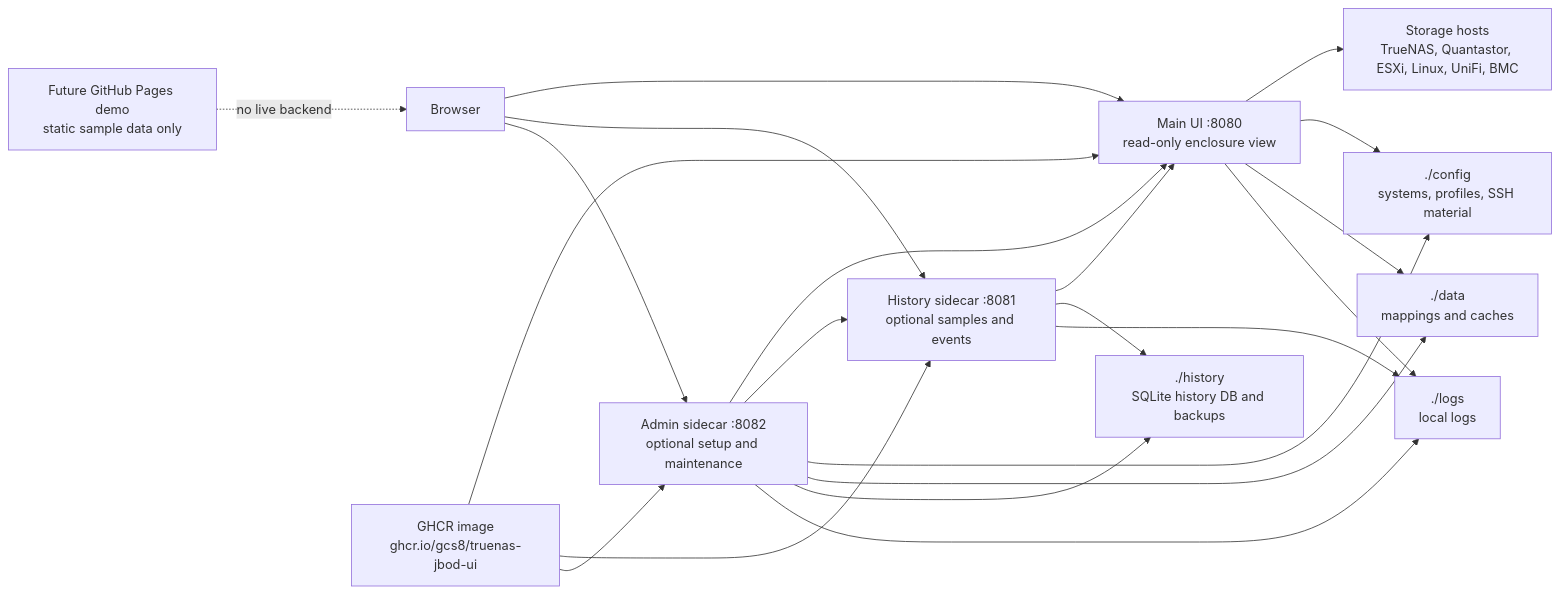
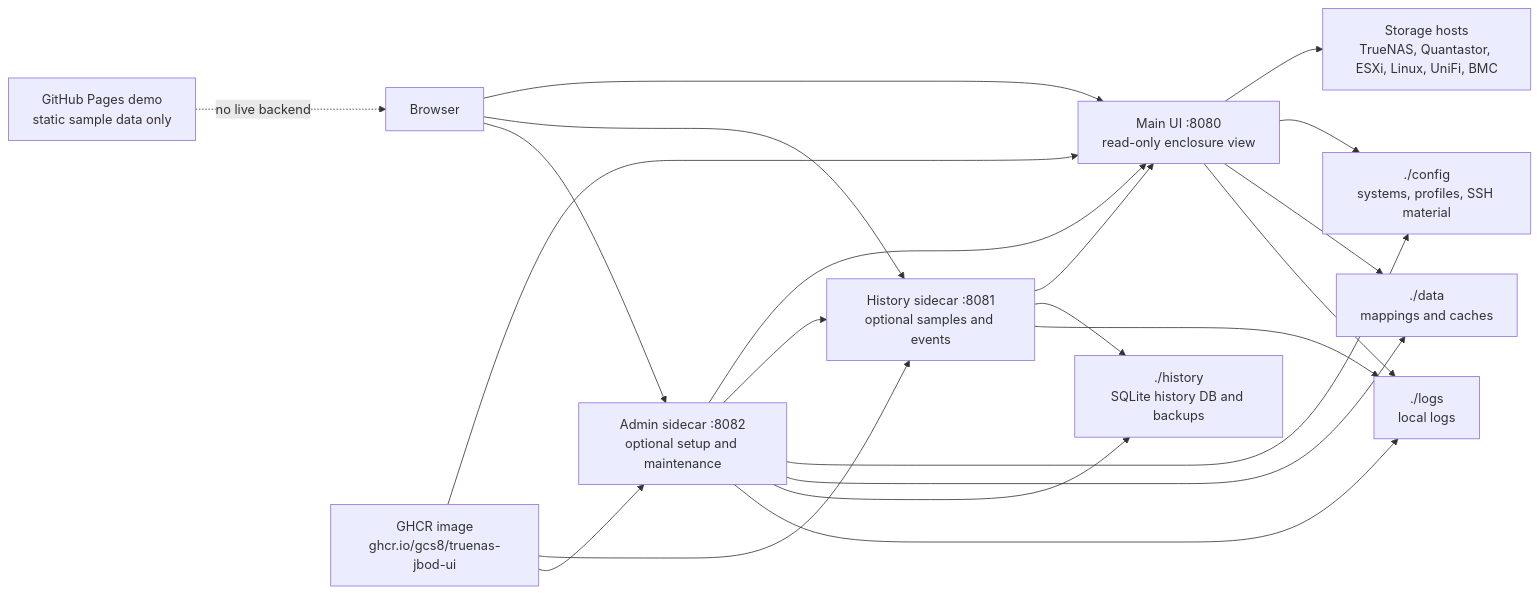
The diagram in wiki/Architecture-and-Services.md (gcs8/truenas-jbod-ui), drawn with Mermaid before and after one commit. The commit also changed other lines of this file and 13 other files, not shown here.

Commit message:
Add public demo Pages workflow

````diff
--- a/wiki/Architecture-and-Services.md
+++ b/wiki/Architecture-and-Services.md
@@ -17,35 +17,35 @@
 ```mermaid
 flowchart LR
     Browser["Browser"]
     UI["Main UI :8080\nread-only enclosure view"]
     History["History sidecar :8081\noptional samples and events"]
     Admin["Admin sidecar :8082\noptional setup and maintenance"]
     Config["./config\nsystems, profiles, SSH material"]
     Data["./data\nmappings and caches"]
     HistDB["./history\nSQLite history DB and backups"]
     Logs["./logs\nlocal logs"]
     Hosts["Storage hosts\nTrueNAS, Quantastor, ESXi, Linux, UniFi, BMC"]
     GHCR["GHCR image\nghcr.io/gcs8/truenas-jbod-ui"]
-    Pages["Future GitHub Pages demo\nstatic sample data only"]
+    Pages["GitHub Pages demo\nstatic sample data only"]
 
     Browser --> UI
     Browser --> History
     Browser --> Admin
     GHCR --> UI
     GHCR --> History
     GHCR --> Admin
     UI --> Hosts
     History --> UI
     Admin --> UI
     Admin --> History
     UI --> Config
     UI --> Data
     History --> HistDB
     Admin --> Config
     Admin --> Data
     Admin --> HistDB
     UI --> Logs
     History --> Logs
     Admin --> Logs
     Pages -. no live backend .-> Browser
 ```
````
